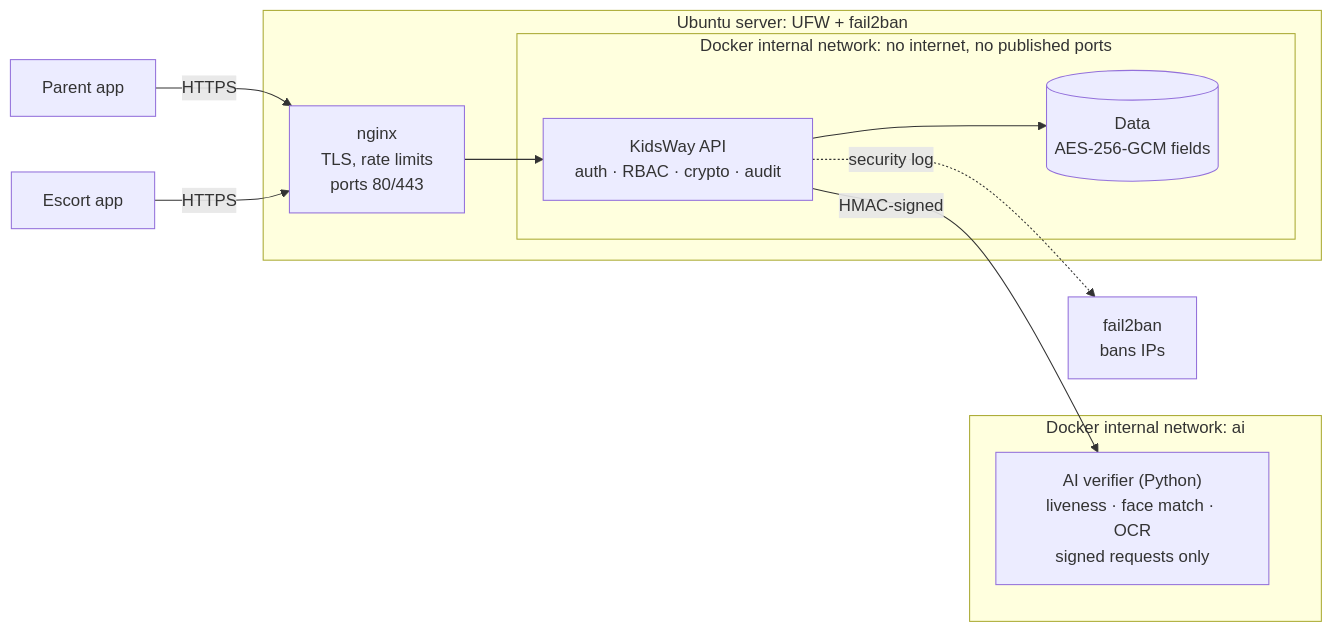
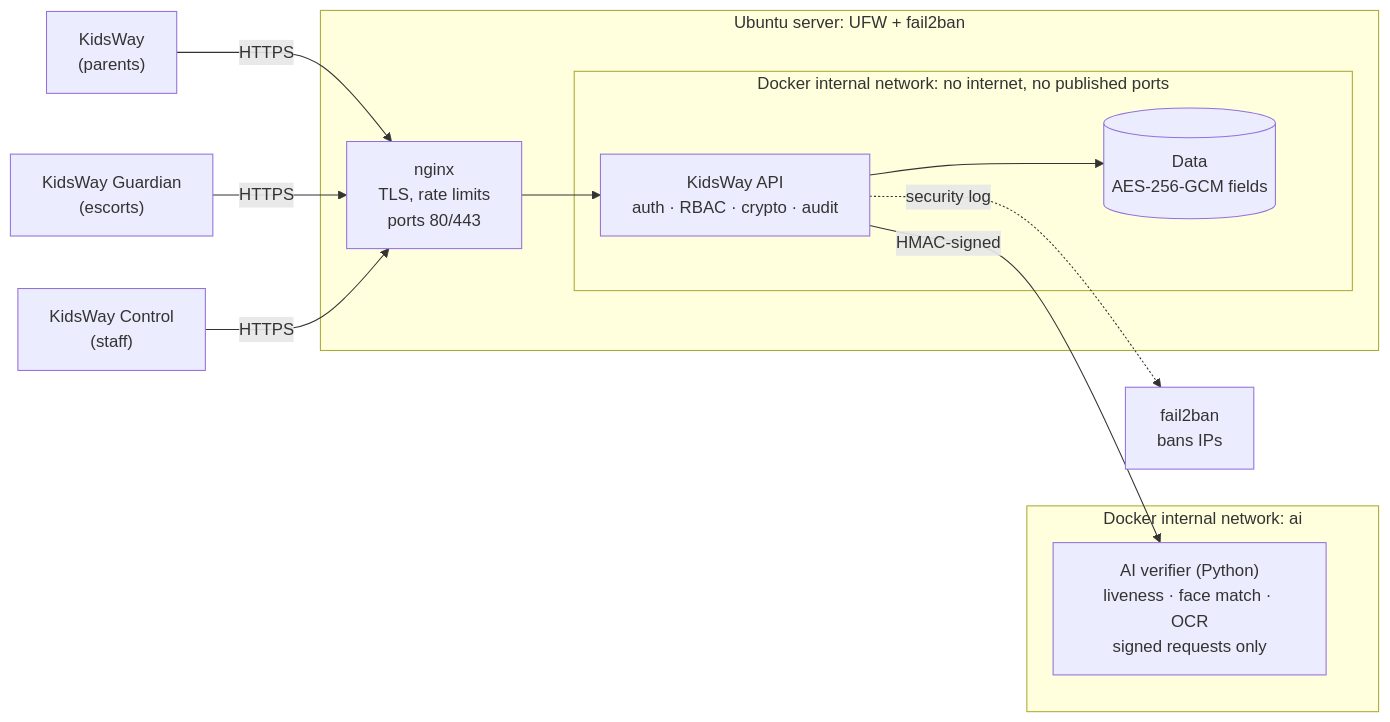
One commit to isanurnazarov762-creator/kidsway-secure-platform changed the diagram in README.md. Above: the diagram before and after it, drawn with Mermaid. The commit also changed other lines of this file and 34 other files, not shown here.

Commit message:
Three apps like Grab: KidsWay, KidsWay Guardian, KidsWay Control with app-bound sessions

````diff
--- a/README.md
+++ b/README.md
@@ -41,18 +42,19 @@
 ```mermaid
 flowchart LR
-  P[Parent app] -- HTTPS --> N
-  E[Escort app] -- HTTPS --> N
+  P["KidsWay<br/>(parents)"] -- HTTPS --> N
+  E["KidsWay Guardian<br/>(escorts)"] -- HTTPS --> N
+  C["KidsWay Control<br/>(staff)"] -- HTTPS --> N
   subgraph Server["Ubuntu server: UFW + fail2ban"]
     N["nginx<br/>TLS, rate limits<br/>ports 80/443"]
     subgraph Internal["Docker internal network: no internet, no published ports"]
       A["KidsWay API<br/>auth · RBAC · crypto · audit"]
       D[("Data<br/>AES-256-GCM fields")]
     end
   end
   N --> A --> D
   subgraph AI["Docker internal network: ai"]
     V["AI verifier (Python)<br/>liveness · face match · OCR<br/>signed requests only"]
   end
   A -- "HMAC-signed" --> V
   A -. "security log" .-> F[fail2ban<br/>bans IPs]
 ```
````
